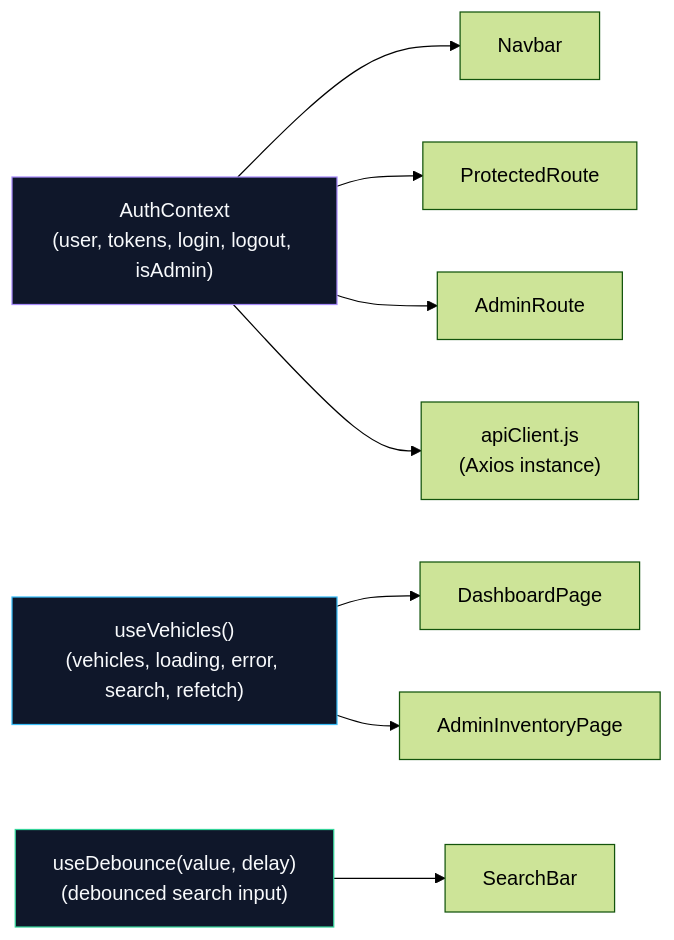
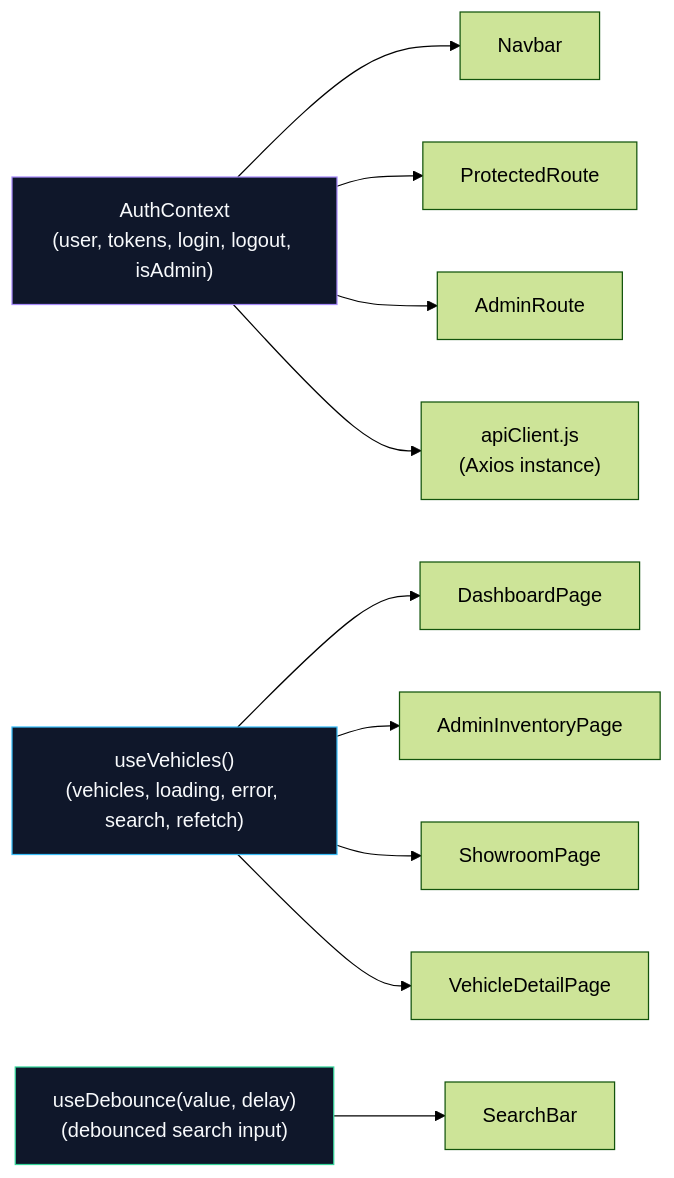
One commit to henil-suchak/car-dealership-inventory-system changed the ninth of 12 diagrams in docs/ARCHITECTURE.md. Above: the diagram before and after it, drawn with Mermaid (forest theme). The commit also changed other lines of this file and 4 other files, not shown here.

````diff
--- a/docs/ARCHITECTURE.md
+++ b/docs/ARCHITECTURE.md
@@ -491,19 +503,21 @@
 ```mermaid
 flowchart LR
     AuthContext["AuthContext<br/>(user, tokens, login, logout, isAdmin)"]
     useVehicles["useVehicles()<br/>(vehicles, loading, error, search, refetch)"]
     useDebounce["useDebounce(value, delay)<br/>(debounced search input)"]
 
     AuthContext --> Navbar
     AuthContext --> ProtectedRoute
     AuthContext --> AdminRoute
     AuthContext --> ApiClient["apiClient.js<br/>(Axios instance)"]
 
     useVehicles --> DashboardPage
     useVehicles --> AdminInventoryPage
+    useVehicles --> ShowroomPage
+    useVehicles --> VehicleDetailPage
     useDebounce --> SearchBar
 
     style AuthContext fill:#0f172a,stroke:#a78bfa,color:#f8fafc
     style useVehicles fill:#0f172a,stroke:#38bdf8,color:#f8fafc
     style useDebounce fill:#0f172a,stroke:#34d399,color:#f8fafc
 ```
````
